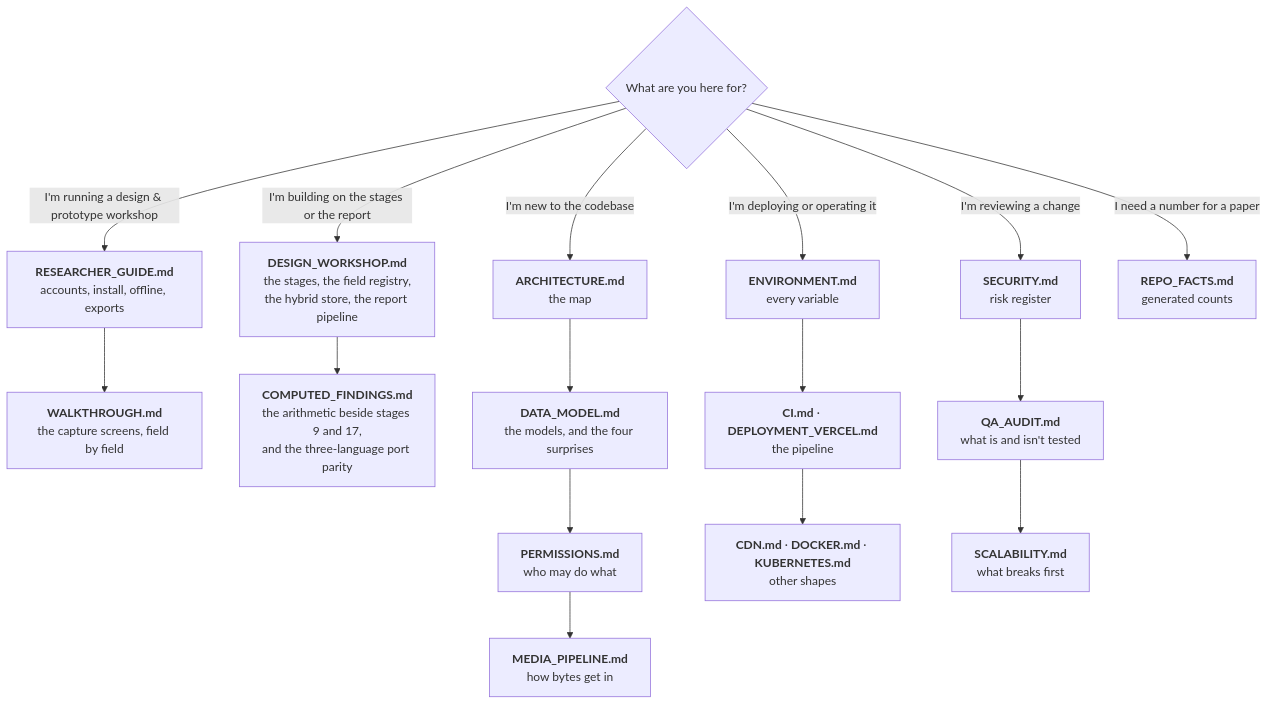
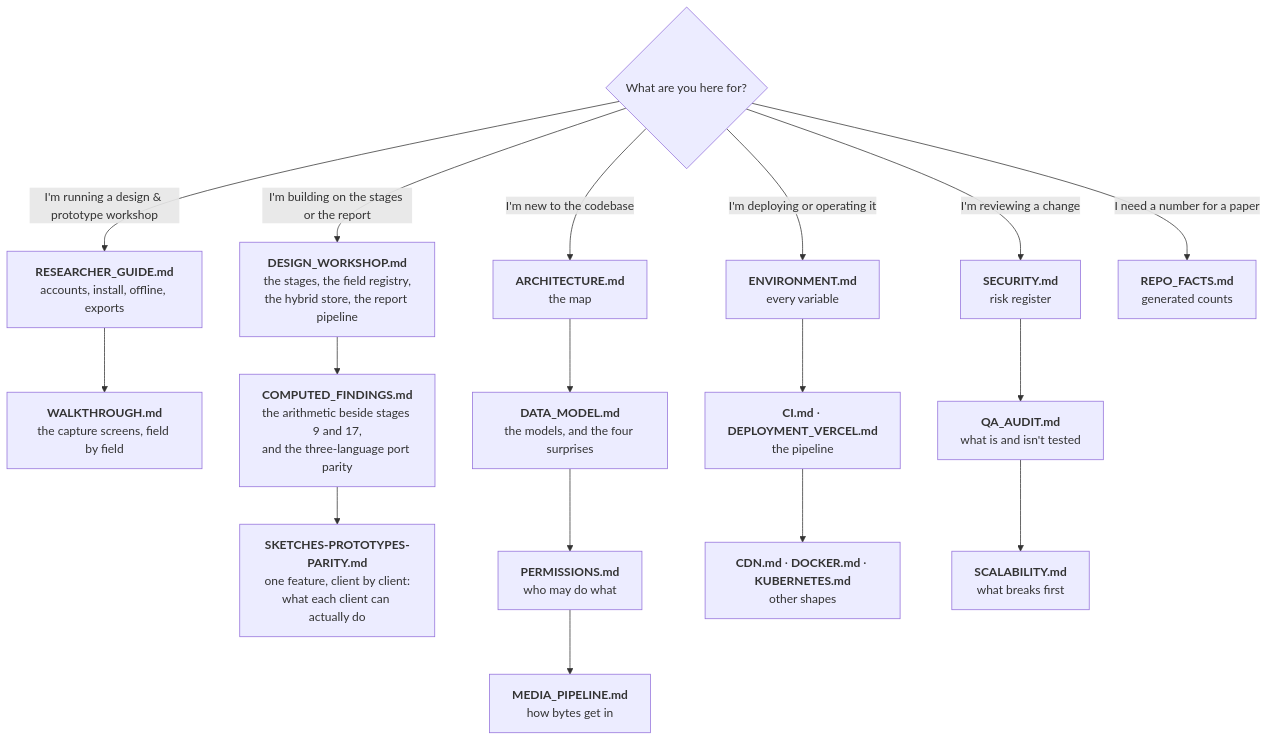
One commit to cxacraftecosystem-ui/designer-portal changed the diagram in docs/README.md. Above: the diagram before and after it, drawn with Mermaid. The commit also changed other lines of this file and 500 other files, not shown here.

````diff
--- a/docs/README.md
+++ b/docs/README.md
@@ -11,27 +11,28 @@
 ```mermaid
 flowchart TD
   Q{What are you here for?}
 
   Q -->|"I'm running a design & prototype workshop"| R1
   Q -->|"I'm building on the stages or the report"| W1
   Q -->|"I'm new to the codebase"| D1
   Q -->|"I'm deploying or operating it"| O1
   Q -->|"I'm reviewing a change"| C1
   Q -->|"I need a number for a paper"| F1
 
   R1["<b>RESEARCHER_GUIDE.md</b><br/>accounts, install, offline, exports"] --> R2["<b>WALKTHROUGH.md</b><br/>the capture screens, field by field"]
 
   W1["<b>DESIGN_WORKSHOP.md</b><br/>the stages, the field registry,<br/>the hybrid store, the report pipeline"] --> W2["<b>COMPUTED_FINDINGS.md</b><br/>the arithmetic beside stages 9 and 17,<br/>and the three-language port parity"]
+  W2 --> W3["<b>SKETCHES-PROTOTYPES-PARITY.md</b><br/>one feature, client by client:<br/>what each client can actually do"]
 
   D1["<b>ARCHITECTURE.md</b><br/>the map"] --> D2["<b>DATA_MODEL.md</b><br/>the models, and the four surprises"]
   D2 --> D3["<b>PERMISSIONS.md</b><br/>who may do what"]
   D3 --> D4["<b>MEDIA_PIPELINE.md</b><br/>how bytes get in"]
 
   O1["<b>ENVIRONMENT.md</b><br/>every variable"] --> O2["<b>CI.md</b> · <b>DEPLOYMENT_VERCEL.md</b><br/>the pipeline"]
   O2 --> O3["<b>CDN.md</b> · <b>DOCKER.md</b> · <b>KUBERNETES.md</b><br/>other shapes"]
 
   C1["<b>SECURITY.md</b><br/>risk register"] --> C2["<b>QA_AUDIT.md</b><br/>what is and isn't tested"]
   C2 --> C3["<b>SCALABILITY.md</b><br/>what breaks first"]
 
   F1["<b>REPO_FACTS.md</b><br/>generated counts"]
 ```
````
